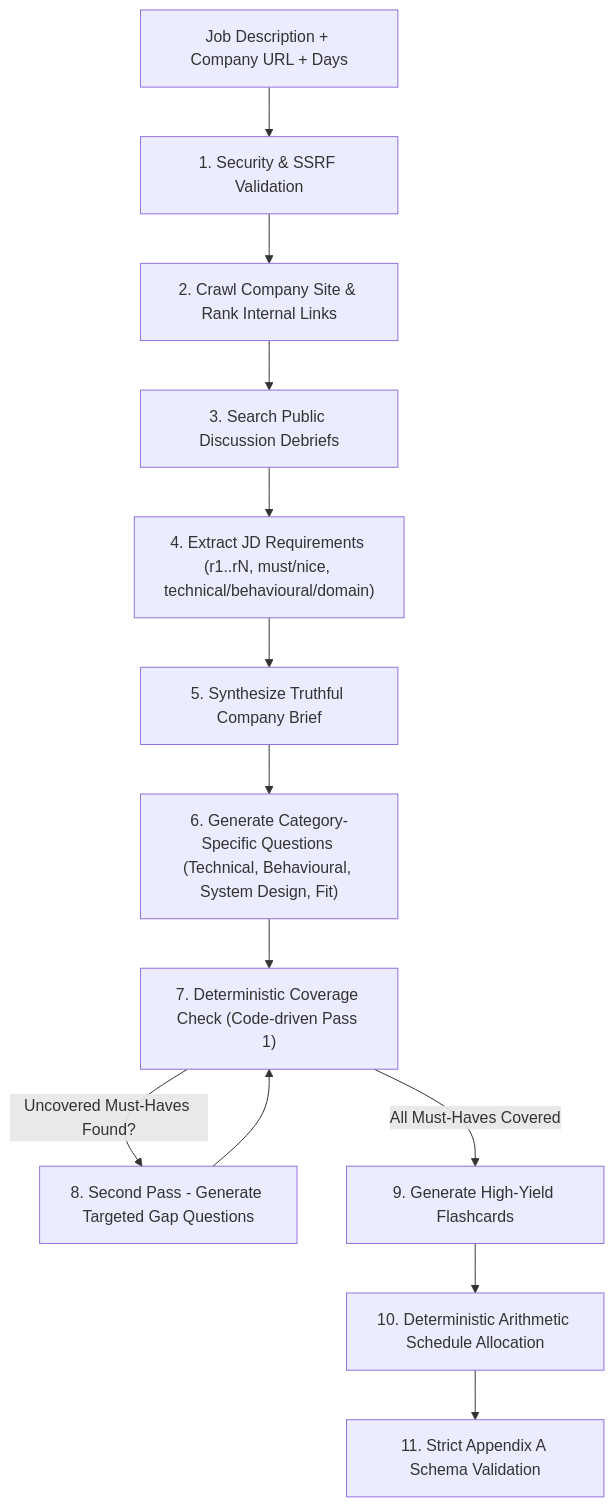
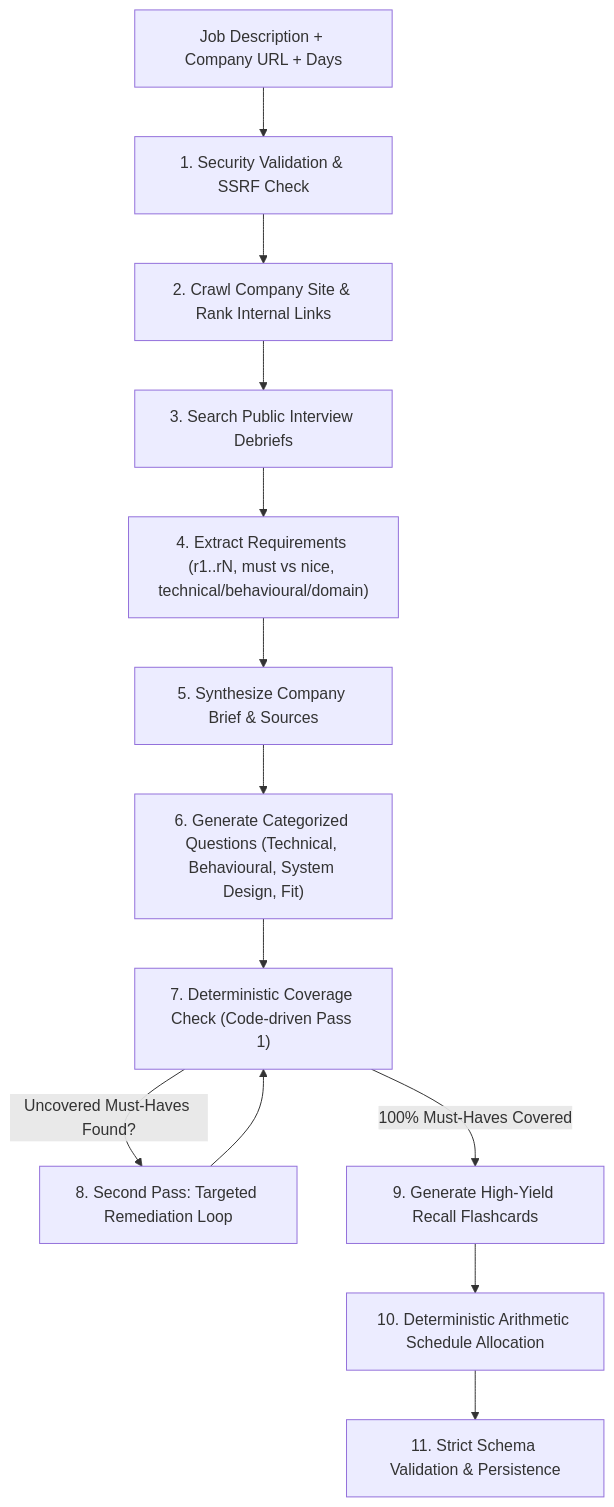
The diagram in README.md (Rohanydvv/PrepKIT), drawn with Mermaid before and after one commit. The commit also changed other lines of this file and 14 other files, not shown here.

````diff
--- a/README.md
+++ b/README.md
@@ -152,15 +148,15 @@
 ```mermaid
 flowchart TD
-    A["Job Description + Company URL + Days"] --> B["1. Security & SSRF Validation"]
+    A["Job Description + Company URL + Days"] --> B["1. Security Validation & SSRF Check"]
     B --> C["2. Crawl Company Site & Rank Internal Links"]
-    C --> D["3. Search Public Discussion Debriefs"]
-    D --> E["4. Extract JD Requirements (r1..rN, must/nice, technical/behavioural/domain)"]
-    E --> F["5. Synthesize Truthful Company Brief"]
-    F --> G["6. Generate Category-Specific Questions (Technical, Behavioural, System Design, Fit)"]
+    C --> D["3. Search Public Interview Debriefs"]
+    D --> E["4. Extract Requirements (r1..rN, must vs nice, technical/behavioural/domain)"]
+    E --> F["5. Synthesize Company Brief & Sources"]
+    F --> G["6. Generate Categorized Questions (Technical, Behavioural, System Design, Fit)"]
     G --> H["7. Deterministic Coverage Check (Code-driven Pass 1)"]
-    H -- "Uncovered Must-Haves Found?" --> I["8. Second Pass - Generate Targeted Gap Questions"]
+    H -- "Uncovered Must-Haves Found?" --> I["8. Second Pass: Targeted Remediation Loop"]
     I --> H
-    H -- "All Must-Haves Covered" --> J["9. Generate High-Yield Flashcards"]
+    H -- "100% Must-Haves Covered" --> J["9. Generate High-Yield Recall Flashcards"]
     J --> K["10. Deterministic Arithmetic Schedule Allocation"]
-    K --> L["11. Strict Appendix A Schema Validation"]
+    K --> L["11. Strict Schema Validation & Persistence"]
 ```
````
